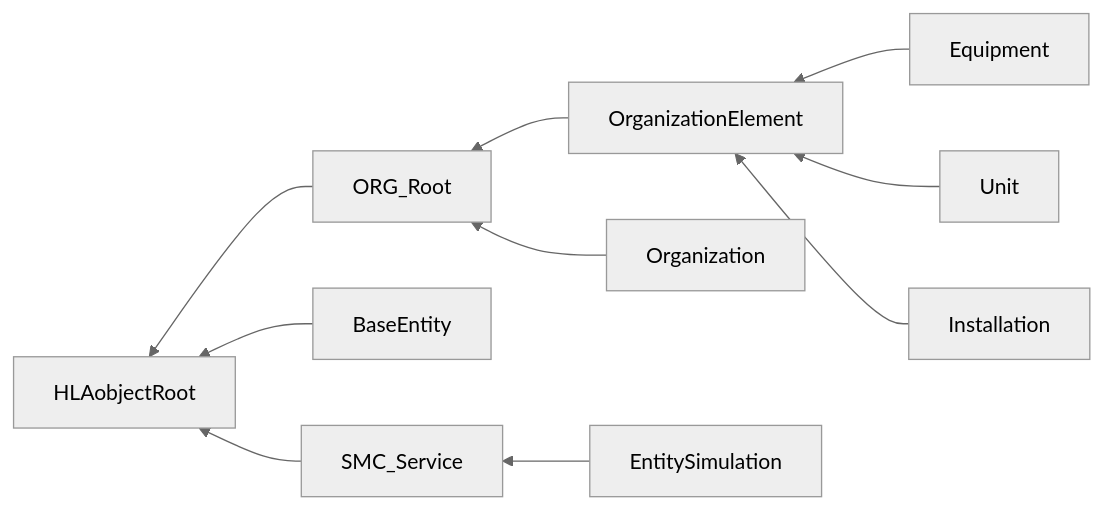
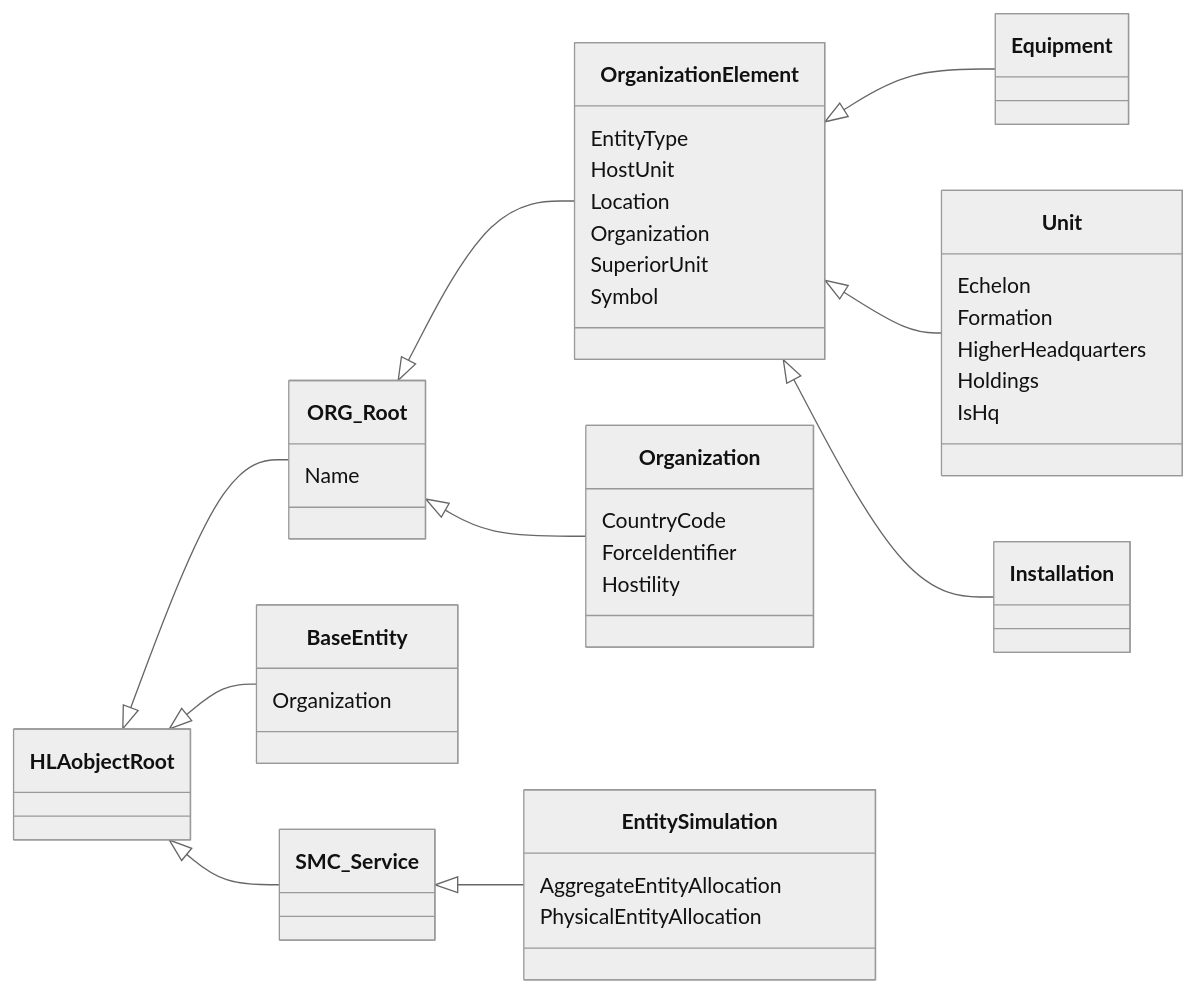
Before and after one commit to AMSP-04/NETN-ORG: the first of 2 diagrams in NETN-ORG.md, drawn with Mermaid (neutral theme). The commit also changed other lines of this file, not shown here.

````diff
--- a/NETN-ORG.md
+++ b/NETN-ORG.md
@@ -32,12 +30,32 @@
 ```mermaid
-graph RL
-ORG_Root-->HLAobjectRoot
-BaseEntity-->HLAobjectRoot
-SMC_Service-->HLAobjectRoot
-OrganizationElement-->ORG_Root
-Organization-->ORG_Root
-Equipment-->OrganizationElement
-Unit-->OrganizationElement
-Installation-->OrganizationElement
-EntitySimulation-->SMC_Service
+classDiagram 
+direction LR
+
+HLAobjectRoot <|-- ORG_Root
+HLAobjectRoot <|-- BaseEntity
+HLAobjectRoot <|-- SMC_Service
+ORG_Root <|-- OrganizationElement
+ORG_Root <|-- Organization
+ORG_Root : Name
+OrganizationElement <|-- Equipment
+OrganizationElement <|-- Unit
+OrganizationElement <|-- Installation
+OrganizationElement : EntityType
+OrganizationElement : HostUnit
+OrganizationElement : Location
+OrganizationElement : Organization
+OrganizationElement : SuperiorUnit
+OrganizationElement : Symbol
+Unit : Echelon
+Unit : Formation
+Unit : HigherHeadquarters
+Unit : Holdings
+Unit : IsHq
+Organization : CountryCode
+Organization : ForceIdentifier
+Organization : Hostility
+BaseEntity : Organization
+SMC_Service <|-- EntitySimulation
+EntitySimulation : AggregateEntityAllocation
+EntitySimulation : PhysicalEntityAllocation
 ```
````
